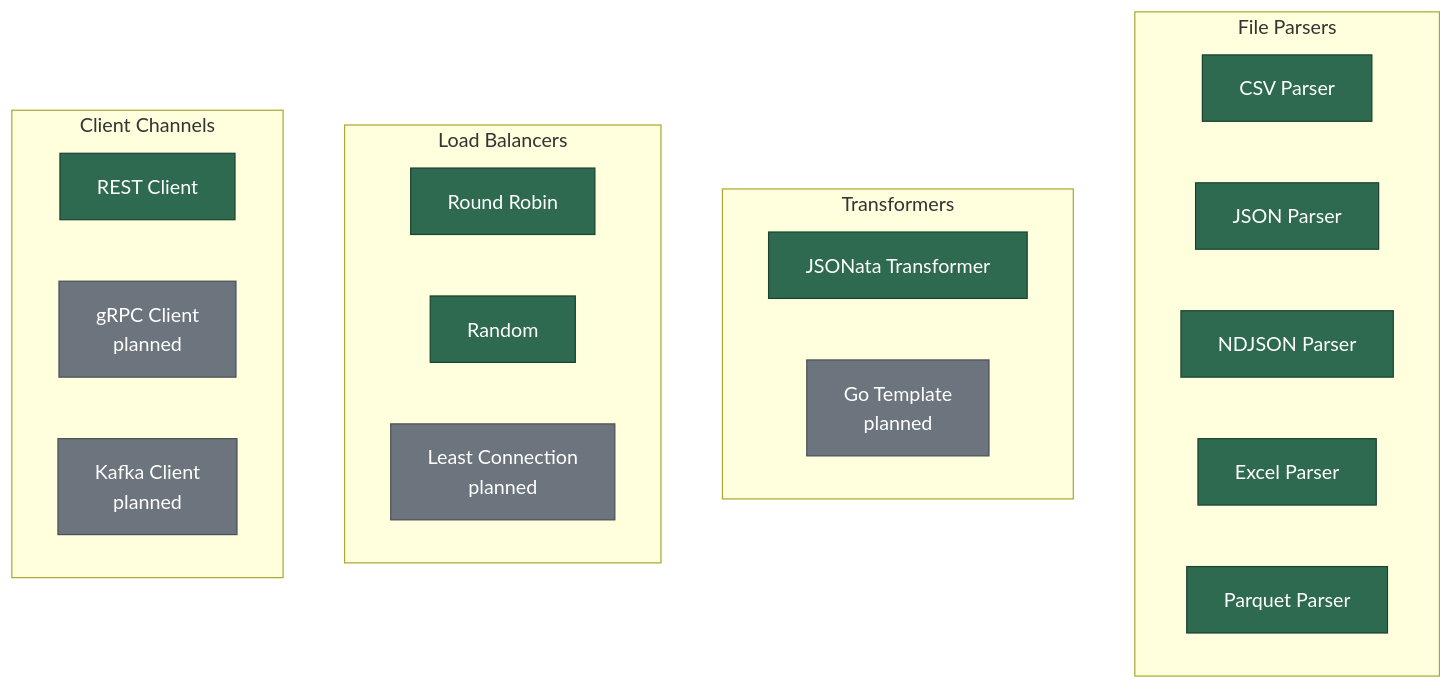
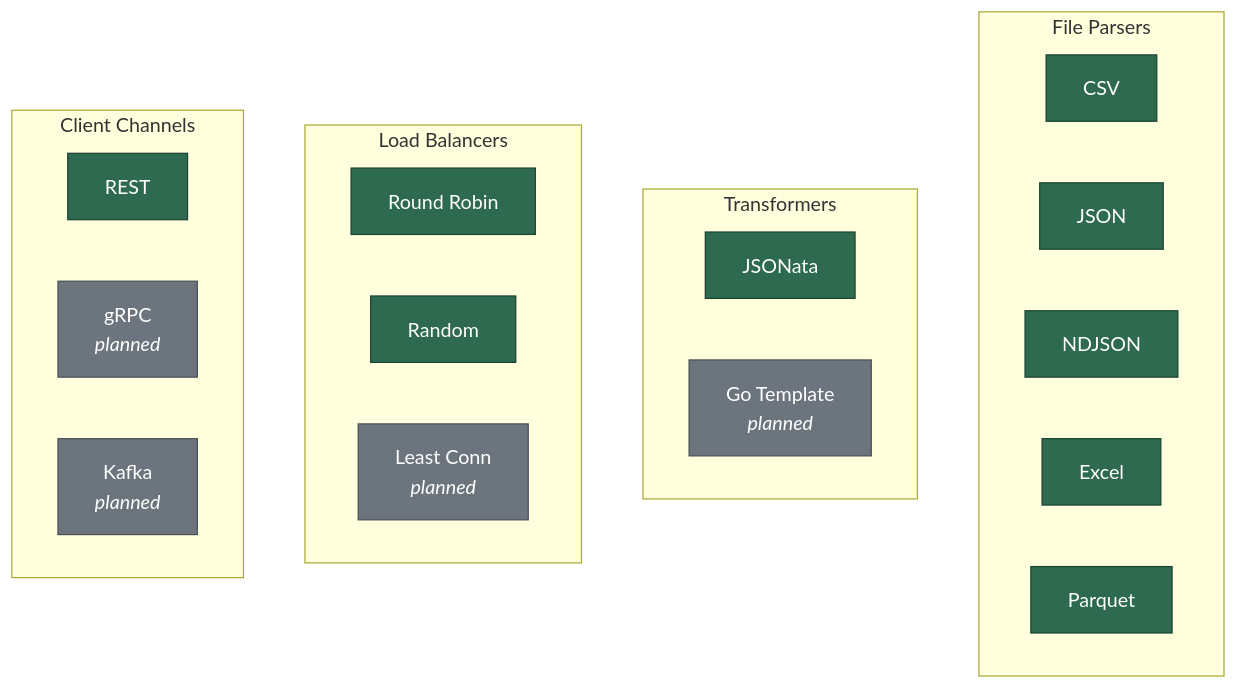
Before and after one commit to Dhi13man/bombardment-runner: the second of 2 diagrams in README.md, drawn with Mermaid. The commit also changed other lines of this file and 4 other files, not shown here.

````diff
--- a/README.md
+++ b/README.md
@@ -216,44 +250,44 @@
 ```mermaid
 flowchart TD
     subgraph Parsers[File Parsers]
-        CSV[CSV Parser]
-        JSON_P[JSON Parser]
-        NDJSON[NDJSON Parser]
-        EXCEL[Excel Parser]
-        PARQUET[Parquet Parser]
+        CSV[CSV]
+        JSON_P[JSON]
+        NDJSON[NDJSON]
+        EXCEL[Excel]
+        PARQUET[Parquet]
     end
 
-    subgraph Transformers[Transformers]
-        JSONata[JSONata Transformer]
-        GoTpl[Go Template<br>planned]
+    subgraph Transformers
+        JSONata[JSONata]
+        GoTpl[Go Template<br><i>planned</i>]
     end
 
     subgraph LoadBalancers[Load Balancers]
         RR[Round Robin]
         Rand[Random]
-        LC[Least Connection<br>planned]
+        LC[Least Conn<br><i>planned</i>]
     end
 
     subgraph Clients[Client Channels]
-        REST[REST Client]
-        GRPC[gRPC Client<br>planned]
-        Kafka[Kafka Client<br>planned]
+        REST[REST]
+        GRPC[gRPC<br><i>planned</i>]
+        Kafka[Kafka<br><i>planned</i>]
     end
 
     classDef implemented fill:#2d6a4f,stroke:#1b4332,color:#fff
     classDef planned fill:#6c757d,stroke:#495057,color:#fff
 
     CSV:::implemented
     JSON_P:::implemented
     NDJSON:::implemented
     EXCEL:::implemented
     PARQUET:::implemented
     JSONata:::implemented
     GoTpl:::planned
     RR:::implemented
     Rand:::implemented
     LC:::planned
     REST:::implemented
     GRPC:::planned
     Kafka:::planned
 ```
````
